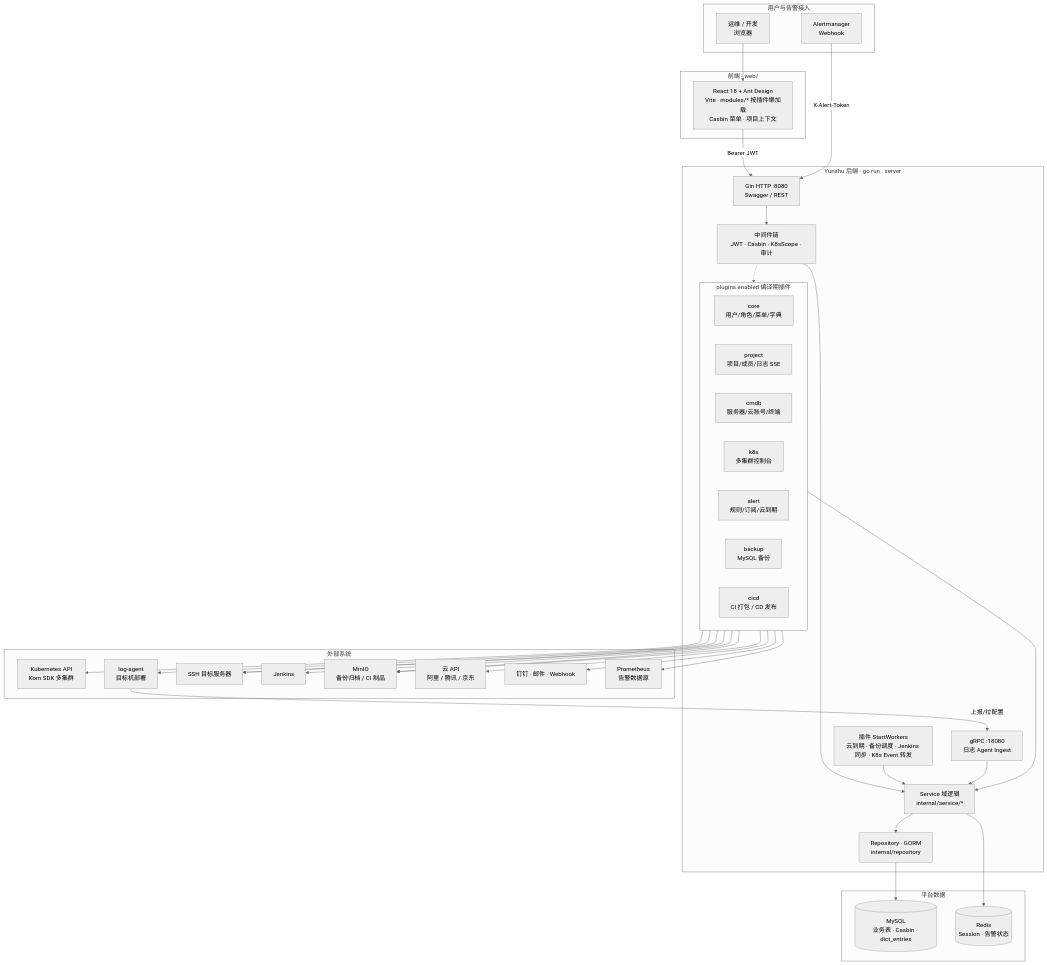
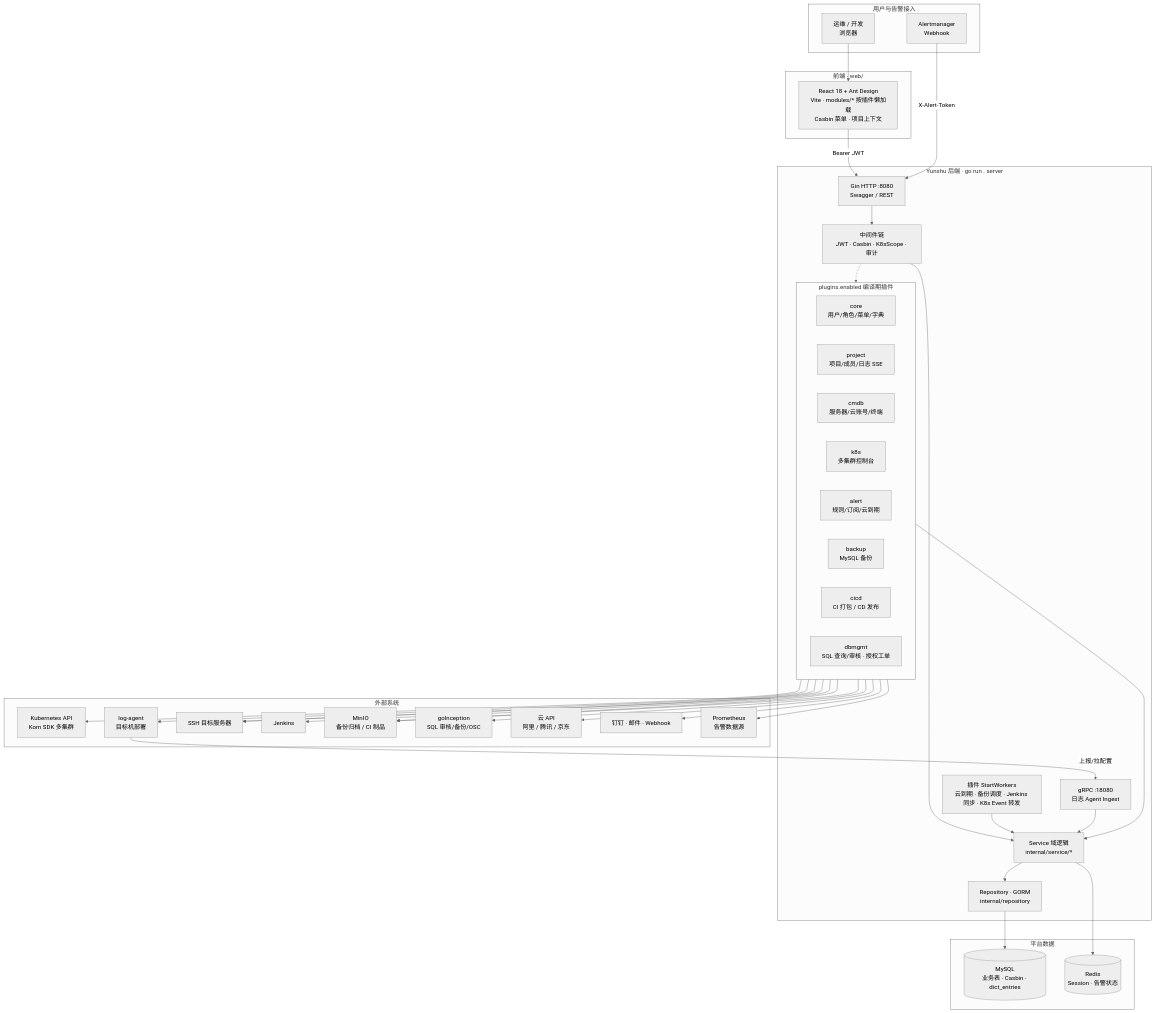
One commit to AshesToVow/yunshu changed the first of 3 diagrams in README.md. Above: the diagram before and after it, drawn with Mermaid (neutral theme). The commit also changed other lines of this file and 103 other files, not shown here.

````diff
--- a/README.md
+++ b/README.md
@@ -78,72 +81,75 @@
 ```mermaid
 flowchart TB
   subgraph clients["用户与告警接入"]
     USER["运维 / 开发<br/>浏览器"]
     AM["Alertmanager<br/>Webhook"]
   end
 
   subgraph fe["前端 · web/"]
     REACT["React 18 + Ant Design<br/>Vite · modules/* 按插件懒加载<br/>Casbin 菜单 · 项目上下文"]
   end
 
   subgraph be["Yunshu 后端 · go run . server"]
     HTTP["Gin HTTP :8080<br/>Swagger / REST"]
     MW["中间件链<br/>JWT · Casbin · K8sScope · 审计"]
     GRPC["gRPC :18080<br/>日志 Agent Ingest"]
     WORKERS["插件 StartWorkers<br/>云到期 · 备份调度 · Jenkins 同步 · K8s Event 转发"]
 
     subgraph plugins["plugins.enabled 编译期插件"]
       direction LR
       CORE["core<br/>用户/角色/菜单/字典"]
       PROJ["project<br/>项目/成员/日志 SSE"]
       CMDB["cmdb<br/>服务器/云账号/终端"]
       K8SPL["k8s<br/>多集群控制台"]
       ALERT["alert<br/>规则/订阅/云到期"]
       BACKUP["backup<br/>MySQL 备份"]
       CICD["cicd<br/>CI 打包 / CD 发布"]
+      DBMGMT["dbmgmt<br/>SQL 查询/审核 · 授权工单"]
     end
 
     SVC["Service 域逻辑<br/>internal/service/*"]
     REPO["Repository · GORM<br/>internal/repository"]
   end
 
   subgraph store["平台数据"]
     MYSQL[("MySQL<br/>业务表 · Casbin · dict_entries")]
     REDIS[("Redis<br/>Session · 告警状态")]
   end
 
   subgraph ext["外部系统"]
     K8SAPI["Kubernetes API<br/>Kom SDK 多集群"]
     AGENT["log-agent<br/>目标机部署"]
     SSH["SSH 目标服务器"]
     JENKINS["Jenkins"]
     MINIO["MinIO<br/>备份归档 / CI 制品"]
+    GOINC["goInception<br/>SQL 审核/备份/OSC"]
     CLOUD["云 API<br/>阿里 / 腾讯 / 京东"]
     NOTIFY["钉钉 · 邮件 · Webhook"]
     PROM["Prometheus<br/>告警数据源"]
   end
 
   USER --> REACT
   REACT -->|"Bearer JWT"| HTTP
   AM -->|"X-Alert-Token"| HTTP
   HTTP --> MW --> SVC
   SVC --> REPO
   REPO --> MYSQL
   SVC --> REDIS
   MW -.-> plugins
   plugins --> SVC
   WORKERS --> SVC
 
   AGENT -->|"上报/拉配置"| GRPC
   GRPC --> SVC
   PROJ --> AGENT
   CMDB --> SSH
   BACKUP --> SSH
   BACKUP --> MINIO
   CICD --> JENKINS
   CICD --> MINIO
+  DBMGMT --> GOINC
   K8SPL --> K8SAPI
   ALERT --> PROM
   ALERT --> CLOUD
   ALERT --> NOTIFY
 ```
````
